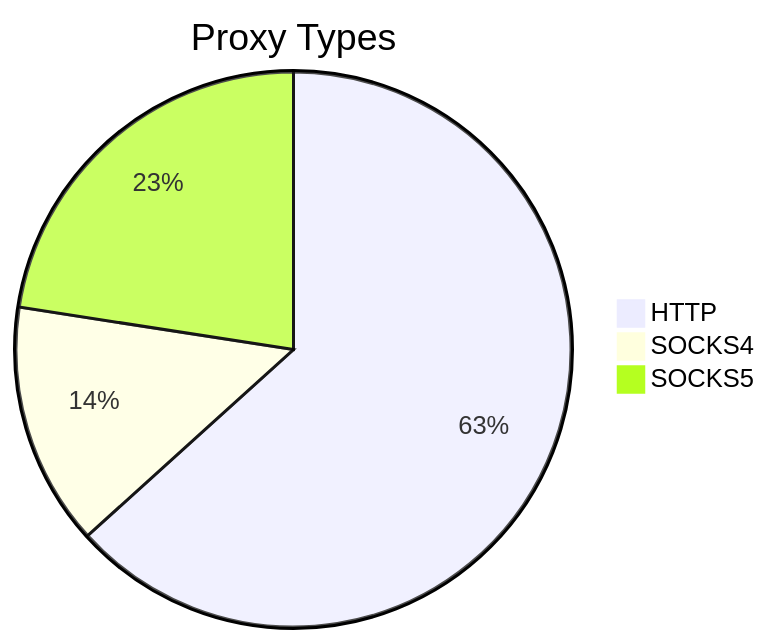
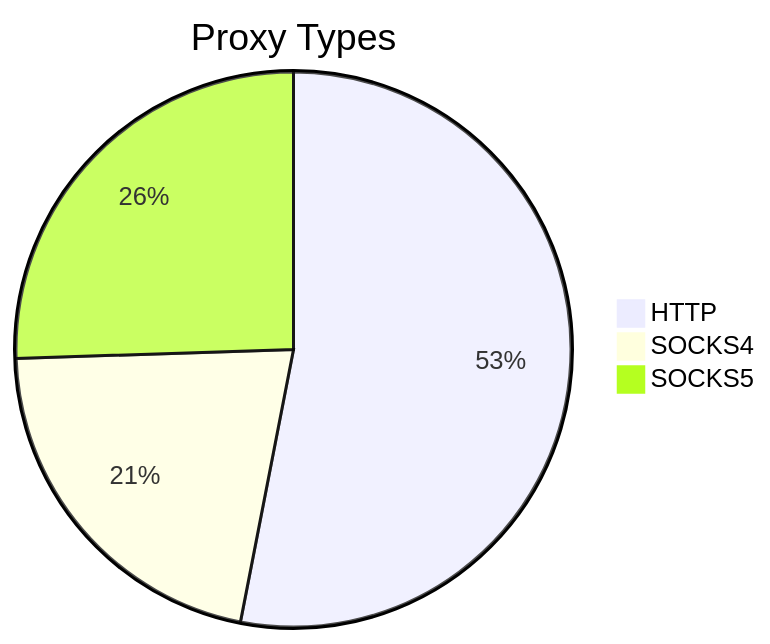
One commit to stormsia/proxy-list changed the first of 2 diagrams in README.md. Above: the diagram before and after it, drawn with Mermaid. The commit also changed other lines of this file, not shown here.

````diff
--- a/README.md
+++ b/README.md
@@ -21,6 +21,6 @@
 ```mermaid
 pie title Proxy Types
-    "HTTP" : 188
+    "HTTP" : 104
     "SOCKS4" : 42
-    "SOCKS5" : 67
+    "SOCKS5" : 50
 ```
````
